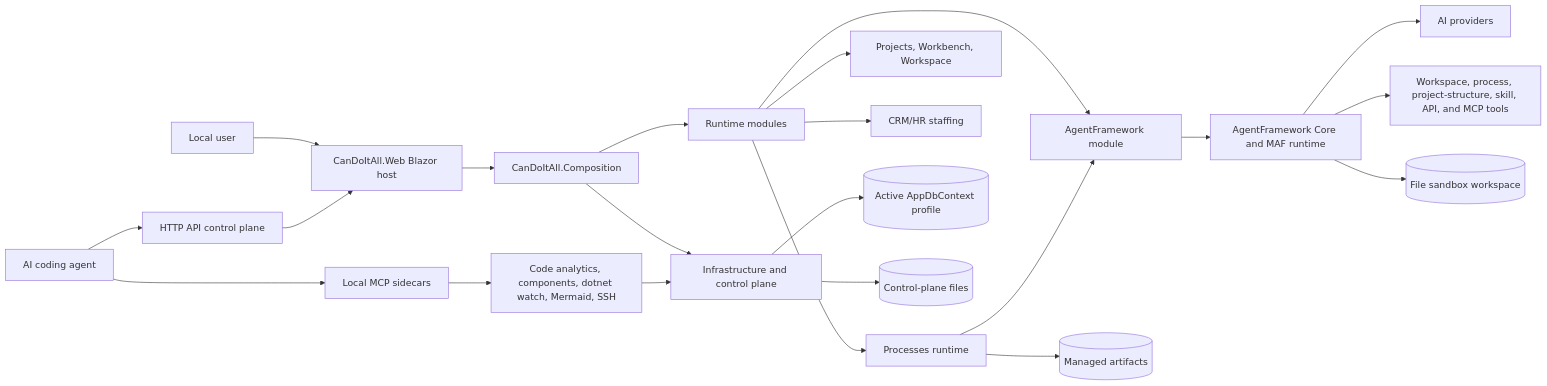
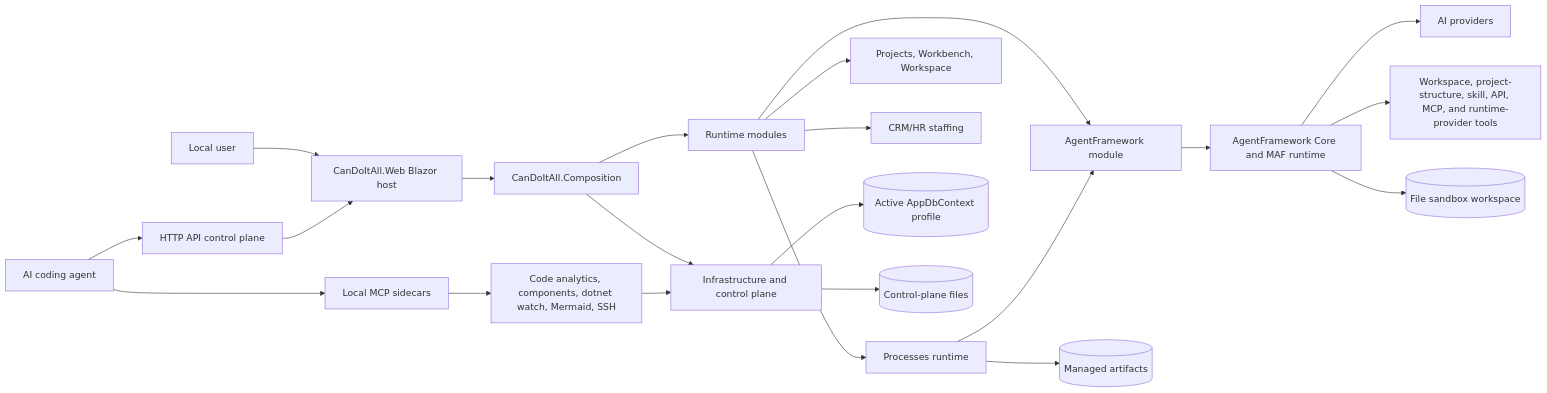
The diagram in README.md (fyziktom/CanDoItAll), drawn with Mermaid before and after one commit. The commit also changed other lines of this file and 19 other files, not shown here.

````diff
--- a/README.md
+++ b/README.md
@@ -9,28 +9,28 @@
 ```mermaid
 flowchart LR
     User[Local user] --> Web[CanDoItAll.Web Blazor host]
     Agent[AI coding agent] --> Api[HTTP API control plane]
     Agent --> Mcp[Local MCP sidecars]
 
     Api --> Web
     Web --> Composition[CanDoItAll.Composition]
     Composition --> Infrastructure[Infrastructure and control plane]
     Composition --> Modules[Runtime modules]
     Modules --> Processes[Processes runtime]
     Modules --> Workbench[Projects, Workbench, Workspace]
     Modules --> AgentModule[AgentFramework module]
     Modules --> CrmHr[CRM/HR staffing]
 
     Processes --> AgentModule
     AgentModule --> AgentFramework[AgentFramework Core and MAF runtime]
     AgentFramework --> Providers[AI providers]
-    AgentFramework --> Tools[Workspace, process, project-structure, skill, API, and MCP tools]
+    AgentFramework --> Tools[Workspace, project-structure, skill, API, MCP, and runtime-provider tools]
 
     Infrastructure --> AppDb[(Active AppDbContext profile)]
     Infrastructure --> ControlPlane[(Control-plane files)]
     AgentFramework --> WorkspaceFiles[(File sandbox workspace)]
     Processes --> ManagedFiles[(Managed artifacts)]
 
     Mcp --> DevLoop[Code analytics, components, dotnet watch, Mermaid, SSH]
     DevLoop --> Infrastructure
 ```
````
